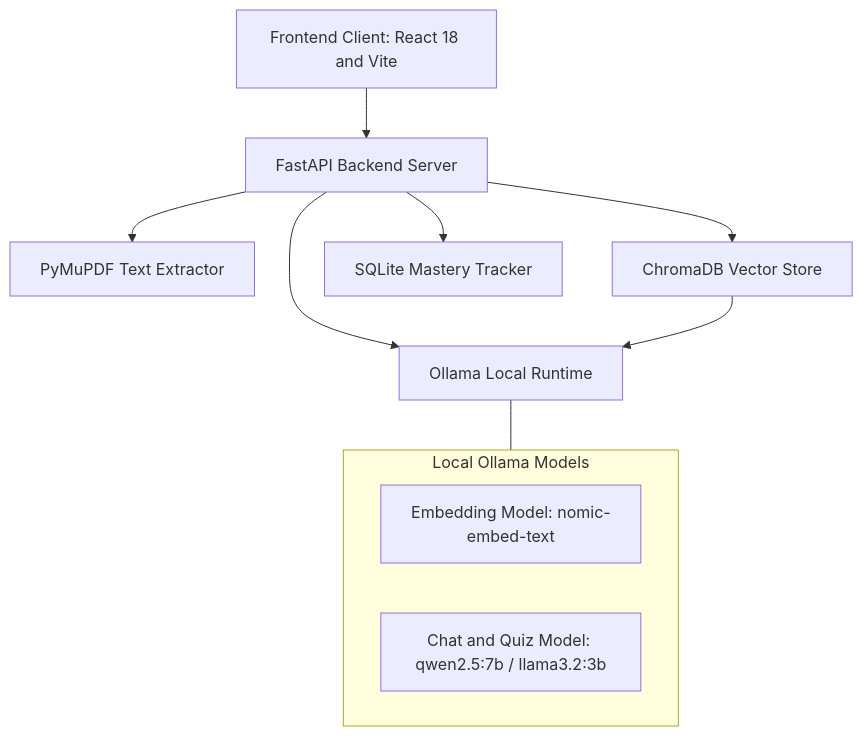
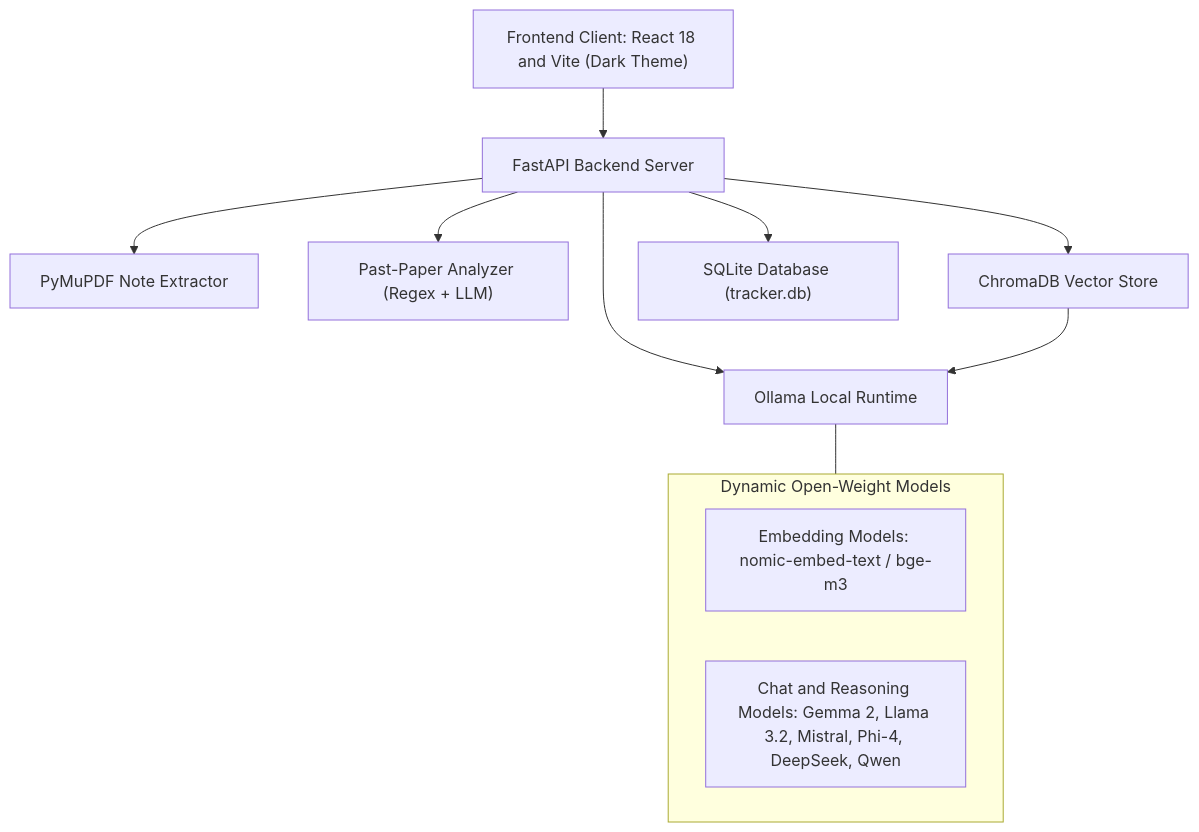
The first of 5 diagrams in docs/architecture.md (dev-Aarish/gist), drawn with Mermaid before and after one commit. The commit also changed other lines of this file and 6 other files, not shown here.

````diff
--- a/docs/architecture.md
+++ b/docs/architecture.md
@@ -22,17 +27,18 @@
 ```mermaid
 graph TD
-    Client["Frontend Client: React 18 and Vite"] --> Gateway["FastAPI Backend Server"]
+    Client["Frontend Client: React 18 and Vite (Dark Theme)"] --> Gateway["FastAPI Backend Server"]
     
-    Gateway --> IngestEngine["PyMuPDF Text Extractor"]
+    Gateway --> IngestEngine["PyMuPDF Note Extractor"]
+    Gateway --> PaperAnalyzer["Past-Paper Analyzer (Regex + LLM)"]
     Gateway --> VectorEngine["ChromaDB Vector Store"]
-    Gateway --> MetricsEngine["SQLite Mastery Tracker"]
+    Gateway --> MetricsEngine["SQLite Database (tracker.db)"]
     
     Gateway --> LLMClient["Ollama Local Runtime"]
     VectorEngine --> LLMClient
     
-    subgraph OllamaRuntime ["Local Ollama Models"]
-        EmbeddingEngine["Embedding Model: nomic-embed-text"]
-        ChatEngine["Chat and Quiz Model: qwen2.5:7b / llama3.2:3b"]
+    subgraph OllamaRuntime ["Dynamic Open-Weight Models"]
+        EmbeddingEngine["Embedding Models: nomic-embed-text / bge-m3"]
+        ChatEngine["Chat and Reasoning Models: Gemma 2, Llama 3.2, Mistral, Phi-4, DeepSeek, Qwen"]
     end
     LLMClient --- OllamaRuntime
 ```
````
